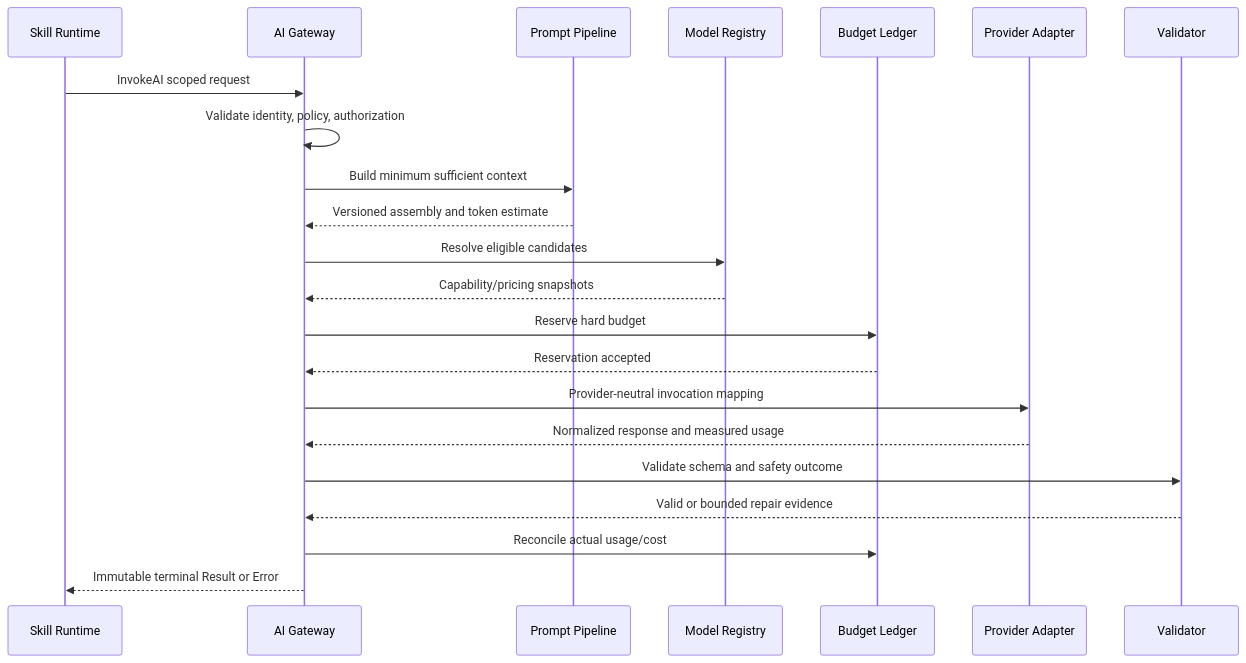
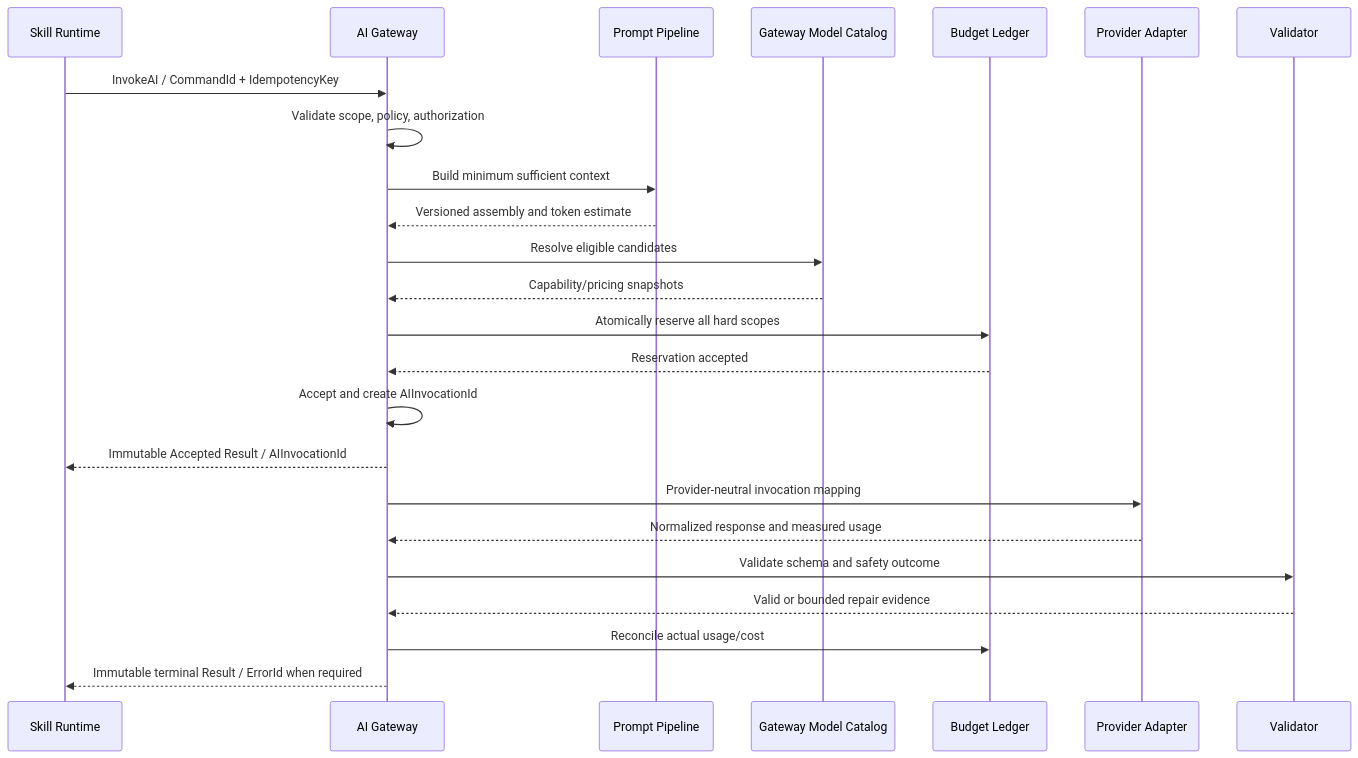
Before and after one commit to mayurbhavsar04/AIEOS: the second of 7 diagrams in docs/architecture/AIGatewayArchitecture.md, drawn with Mermaid. The commit also changed other lines of this file and 10 other files, not shown here.

````diff
--- a/docs/architecture/AIGatewayArchitecture.md
+++ b/docs/architecture/AIGatewayArchitecture.md
@@ -37,24 +37,26 @@
 ```mermaid
 sequenceDiagram
     participant S as Skill Runtime
     participant G as AI Gateway
     participant P as Prompt Pipeline
-    participant R as Model Registry
+    participant R as Gateway Model Catalog
     participant B as Budget Ledger
     participant A as Provider Adapter
     participant V as Validator
-    S->>G: InvokeAI scoped request
-    G->>G: Validate identity, policy, authorization
+    S->>G: InvokeAI / CommandId + IdempotencyKey
+    G->>G: Validate scope, policy, authorization
     G->>P: Build minimum sufficient context
     P-->>G: Versioned assembly and token estimate
     G->>R: Resolve eligible candidates
     R-->>G: Capability/pricing snapshots
-    G->>B: Reserve hard budget
+    G->>B: Atomically reserve all hard scopes
     B-->>G: Reservation accepted
+    G->>G: Accept and create AIInvocationId
+    G-->>S: Immutable Accepted Result / AIInvocationId
     G->>A: Provider-neutral invocation mapping
     A-->>G: Normalized response and measured usage
     G->>V: Validate schema and safety outcome
     V-->>G: Valid or bounded repair evidence
     G->>B: Reconcile actual usage/cost
-    G-->>S: Immutable terminal Result or Error
+    G-->>S: Immutable terminal Result / ErrorId when required
 ```
````
